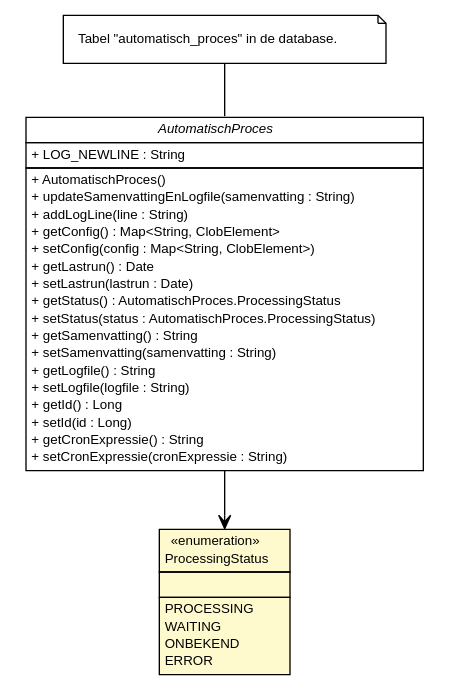
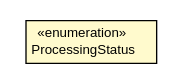
Before and after one commit to B3Partners/brmo: the diagram in brmo-persistence/apidocs/nl/b3p/brmo/persistence/staging/AutomatischProces.ProcessingStatus.dot, drawn with Graphviz. The commit also changed 252 other files, not shown here.

```diff
--- a/brmo-persistence/apidocs/nl/b3p/brmo/persistence/staging/AutomatischProces.ProcessingStatus.dot
+++ b/brmo-persistence/apidocs/nl/b3p/brmo/persistence/staging/AutomatischProces.ProcessingStatus.dot
@@ -1,65 +1,19 @@
 #!/usr/local/bin/dot
 #
 # Class diagram 
 # Generated by UMLGraph version R5_6-24-gf6e263 (http://www.umlgraph.org/)
 #
 
 digraph G {
 	edge [fontname="Helvetica",fontsize=10,labelfontname="Helvetica",labelfontsize=10];
 	node [fontname="Helvetica",fontsize=10,shape=plaintext];
 	nodesep=0.25;
 	ranksep=0.5;
-	// nl.b3p.brmo.persistence.staging.AutomatischProces
-	c105 [label=<<table title="nl.b3p.brmo.persistence.staging.AutomatischProces" border="0" cellborder="1" cellspacing="0" cellpadding="2" port="p" href="./AutomatischProces.html">
-		<tr><td><table border="0" cellspacing="0" cellpadding="1">
-<tr><td align="center" balign="center"><font face="Helvetica-Oblique"> AutomatischProces </font></td></tr>
-		</table></td></tr>
-		<tr><td><table border="0" cellspacing="0" cellpadding="1">
-<tr><td align="left" balign="left"> + LOG_NEWLINE : String </td></tr>
-		</table></td></tr>
-		<tr><td><table border="0" cellspacing="0" cellpadding="1">
-<tr><td align="left" balign="left"> + AutomatischProces() </td></tr>
-<tr><td align="left" balign="left"> + updateSamenvattingEnLogfile(samenvatting : String) </td></tr>
-<tr><td align="left" balign="left"> + addLogLine(line : String) </td></tr>
-<tr><td align="left" balign="left"> + getConfig() : Map&lt;String, ClobElement&gt; </td></tr>
-<tr><td align="left" balign="left"> + setConfig(config : Map&lt;String, ClobElement&gt;) </td></tr>
-<tr><td align="left" balign="left"> + getLastrun() : Date </td></tr>
-<tr><td align="left" balign="left"> + setLastrun(lastrun : Date) </td></tr>
-<tr><td align="left" balign="left"> + getStatus() : AutomatischProces.ProcessingStatus </td></tr>
-<tr><td align="left" balign="left"> + setStatus(status : AutomatischProces.ProcessingStatus) </td></tr>
-<tr><td align="left" balign="left"> + getSamenvatting() : String </td></tr>
-<tr><td align="left" balign="left"> + setSamenvatting(samenvatting : String) </td></tr>
-<tr><td align="left" balign="left"> + getLogfile() : String </td></tr>
-<tr><td align="left" balign="left"> + setLogfile(logfile : String) </td></tr>
-<tr><td align="left" balign="left"> + getId() : Long </td></tr>
-<tr><td align="left" balign="left"> + setId(id : Long) </td></tr>
-<tr><td align="left" balign="left"> + getCronExpressie() : String </td></tr>
-<tr><td align="left" balign="left"> + setCronExpressie(cronExpressie : String) </td></tr>
-		</table></td></tr>
-		</table>>, URL="./AutomatischProces.html", fontname="Helvetica", fontcolor="black", fontsize=10.0];
-	// Note annotation
-	n0cc105 [label=<<table title="nl.b3p.brmo.persistence.staging.AutomatischProces" border="0" cellborder="0" cellspacing="0" cellpadding="2" port="p" href="./AutomatischProces.html">
-		<tr><td><table border="0" cellspacing="0" cellpadding="1">
-<tr><td align="left" balign="left"> Tabel "automatisch_proces" in de database. </td></tr>
-		</table></td></tr>
-		</table>>, fontname="Helvetica", fontcolor="black", fontsize=10.0, shape=note];
-	n0cc105 -> c105:p[arrowhead=none];
 	// nl.b3p.brmo.persistence.staging.AutomatischProces.ProcessingStatus
-	c106 [label=<<table title="nl.b3p.brmo.persistence.staging.AutomatischProces.ProcessingStatus" border="0" cellborder="1" cellspacing="0" cellpadding="2" port="p" bgcolor="lemonChiffon" href="./AutomatischProces.ProcessingStatus.html">
+	c101 [label=<<table title="nl.b3p.brmo.persistence.staging.AutomatischProces.ProcessingStatus" border="0" cellborder="1" cellspacing="0" cellpadding="2" port="p" bgcolor="lemonChiffon" href="./AutomatischProces.ProcessingStatus.html">
 		<tr><td><table border="0" cellspacing="0" cellpadding="1">
 <tr><td align="center" balign="center"> &#171;enumeration&#187; </td></tr>
 <tr><td align="center" balign="center"> ProcessingStatus </td></tr>
 		</table></td></tr>
-		<tr><td><table border="0" cellspacing="0" cellpadding="1">
-<tr><td align="left" balign="left">  </td></tr>
-		</table></td></tr>
-		<tr><td><table border="0" cellspacing="0" cellpadding="1">
-<tr><td align="left" balign="left"> PROCESSING </td></tr>
-<tr><td align="left" balign="left"> WAITING </td></tr>
-<tr><td align="left" balign="left"> ONBEKEND </td></tr>
-<tr><td align="left" balign="left"> ERROR </td></tr>
-		</table></td></tr>
 		</table>>, URL="./AutomatischProces.ProcessingStatus.html", fontname="Helvetica", fontcolor="black", fontsize=10.0];
-	// nl.b3p.brmo.persistence.staging.AutomatischProces NAVASSOC nl.b3p.brmo.persistence.staging.AutomatischProces.ProcessingStatus
-	c105:p -> c106:p [taillabel="", label="", headlabel="", fontname="Helvetica", fontcolor="black", fontsize=10.0, color="black", arrowhead=open];
 }
```
